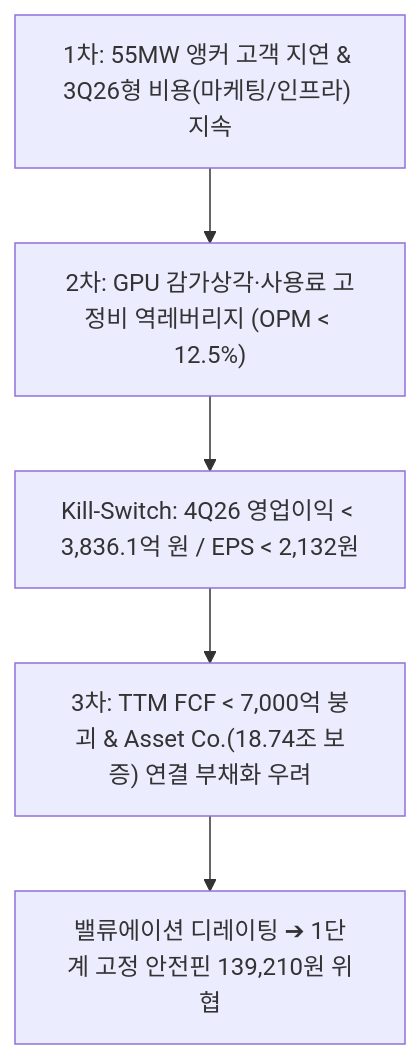
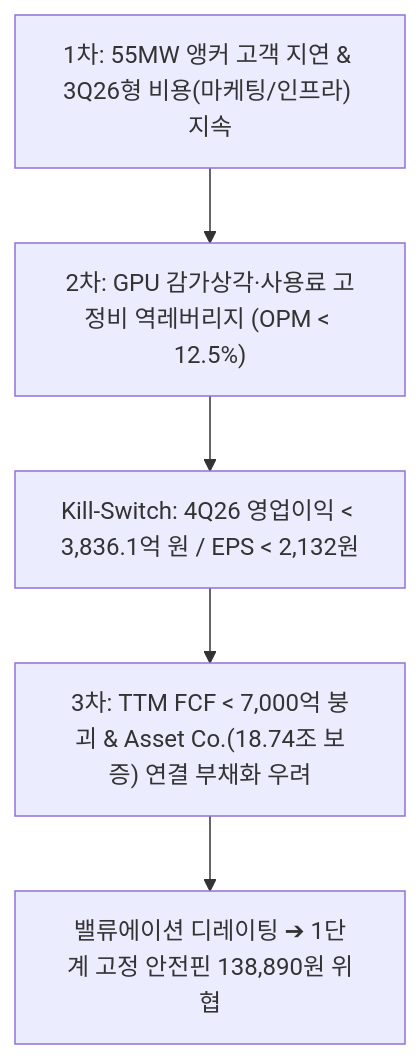
Before and after one commit to eve830521-cmd/my-skill-ver.5: the second of 2 diagrams in Stock_Research/NAVER/3_Final_Reports/Phase1_Report.md, drawn with Mermaid. The commit also changed other lines of this file and 25 other files, not shown here.

````diff
--- a/Stock_Research/NAVER/3_Final_Reports/Phase1_Report.md
+++ b/Stock_Research/NAVER/3_Final_Reports/Phase1_Report.md
@@ -191,7 +191,7 @@
 ```mermaid
 flowchart TD
     T1["1차: 55MW 앵커 고객 지연 & 3Q26형 비용(마케팅/인프라) 지속"] --> O1["2차: GPU 감가상각·사용료 고정비 역레버리지 (OPM < 12.5%)"]
     O1 --> O2["Kill-Switch: 4Q26 영업이익 < 3,836.1억 원 / EPS < 2,132원"]
     O2 --> F1["3차: TTM FCF < 7,000억 붕괴 & Asset Co.(18.74조 보증) 연결 부채화 우려"]
-    F1 --> F2["밸류에이션 디레이팅 ➔ 1단계 고정 안전핀 139,210원 위협"]
+    F1 --> F2["밸류에이션 디레이팅 ➔ 1단계 고정 안전핀 138,890원 위협"]
 ```
````
